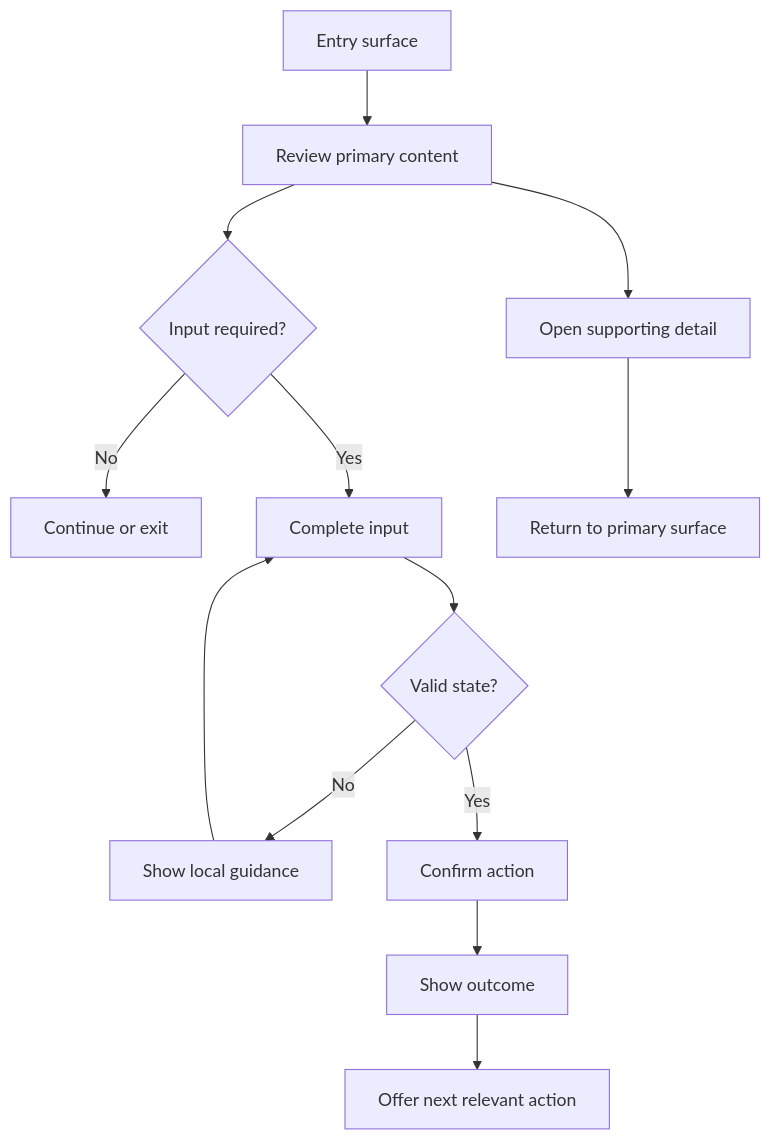
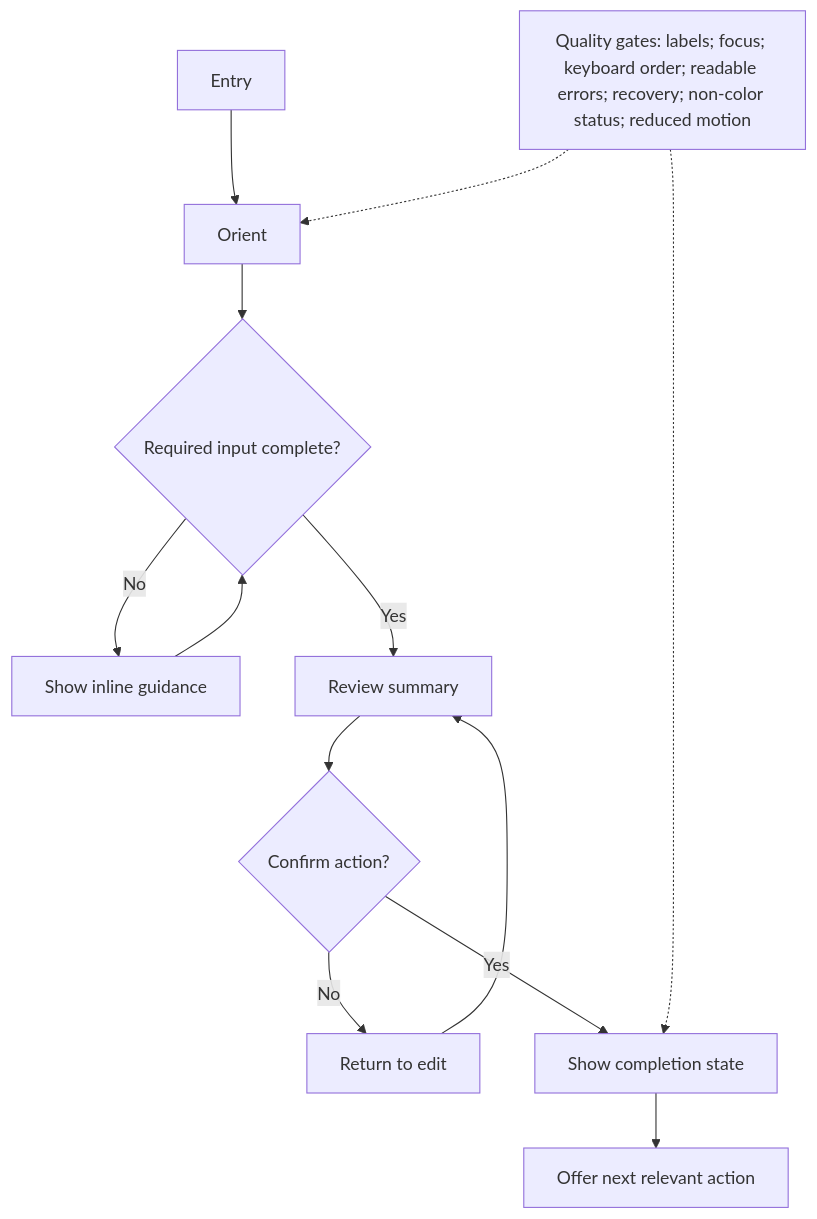
The diagram in projects/project-001/visuals/flows.mmd (p2id/Faces), drawn with Mermaid before and after one commit.

Commit message:
Daily UI UX repository refresh 2026-11-21

```diff
--- a/projects/project-001/visuals/flows.mmd
+++ b/projects/project-001/visuals/flows.mmd
@@ -1,13 +1,13 @@
 flowchart TD
-  A[Entry surface] --> B[Review primary content]
-  B --> C{Input required?}
-  C -- No --> D[Continue or exit]
-  C -- Yes --> E[Complete input]
-  E --> F{Valid state?}
-  F -- No --> G[Show local guidance]
+  A[Entry] --> B[Orient]
+  B --> C{Required input complete?}
+  C -- No --> D[Show inline guidance]
+  D --> C
+  C -- Yes --> E[Review summary]
+  E --> F{Confirm action?}
+  F -- No --> G[Return to edit]
   G --> E
-  F -- Yes --> H[Confirm action]
-  H --> I[Show outcome]
-  I --> J[Offer next relevant action]
-  B --> K[Open supporting detail]
-  K --> L[Return to primary surface]
+  F -- Yes --> H[Show completion state]
+  H --> I[Offer next relevant action]
+  Q[Quality gates: labels; focus; keyboard order; readable errors; recovery; non-color status; reduced motion] -.-> B
+  Q -.-> H
```
